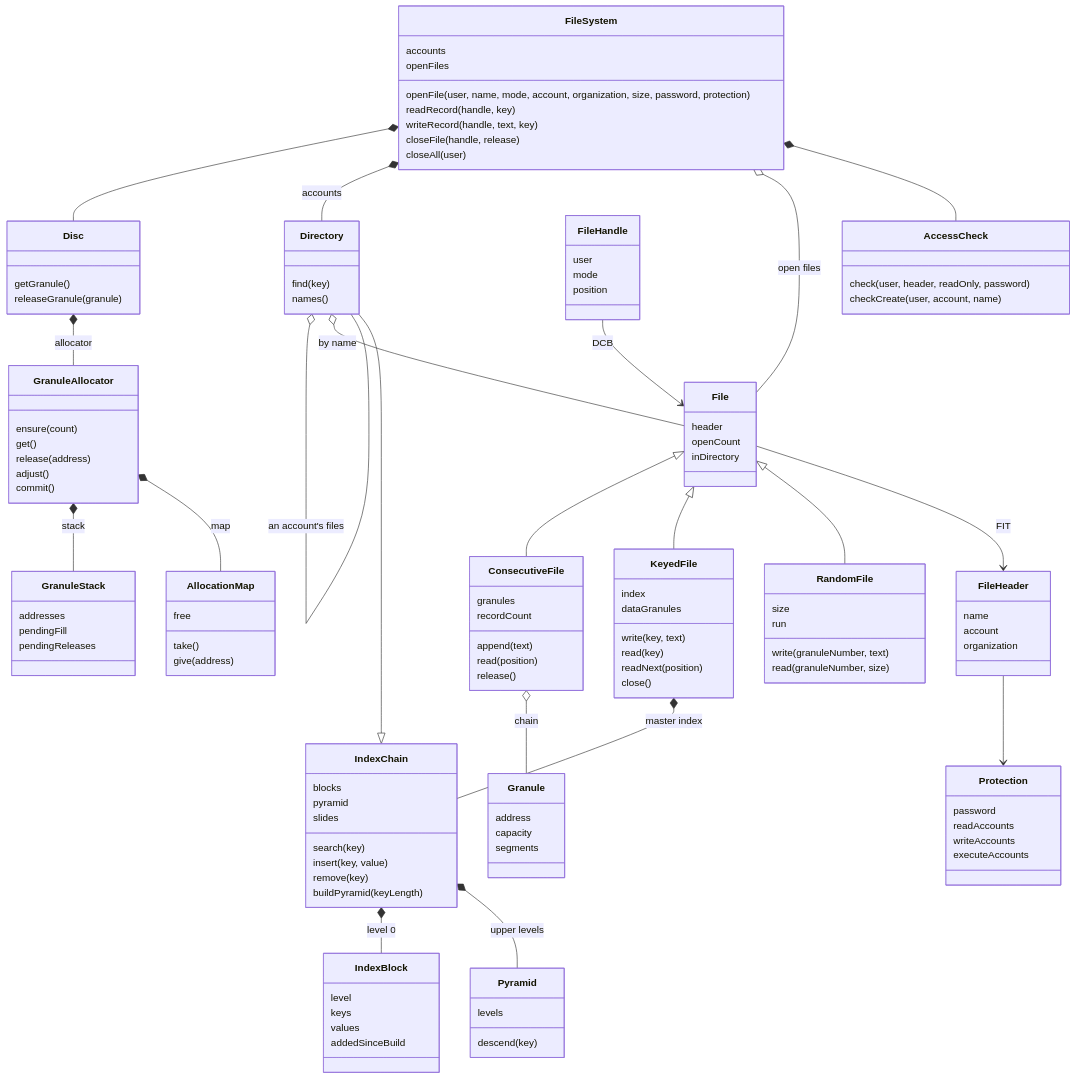
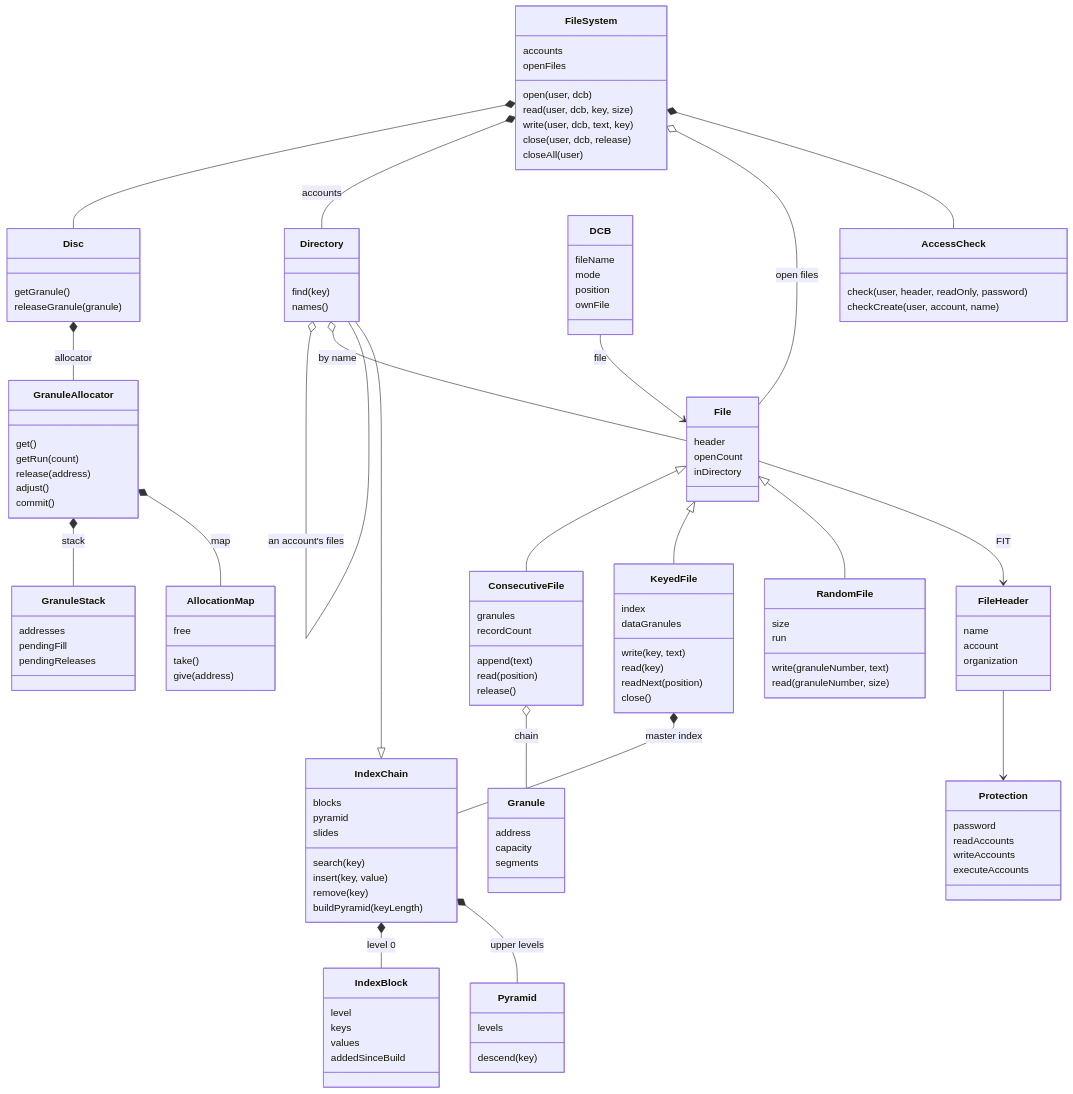
The ninth of 13 diagrams in pyCP-V/C00stap/docs/model.md (msiddalingaiah/Sigma), drawn with Mermaid before and after one commit. The commit also changed other lines of this file, not shown here.

```diff
--- a/pyCP-V/C00stap/docs/model.md
+++ b/pyCP-V/C00stap/docs/model.md
@@ -502,10 +602,10 @@
     class FileSystem {
         accounts
         openFiles
-        openFile(user, name, mode, account, organization, size, password, protection)
-        readRecord(handle, key)
-        writeRecord(handle, text, key)
-        closeFile(handle, release)
+        open(user, dcb)
+        read(user, dcb, key, size)
+        write(user, dcb, text, key)
+        close(user, dcb, release)
         closeAll(user)
     }
     class AccessCheck {
@@ -560,10 +660,11 @@
         openCount
         inDirectory
     }
-    class FileHandle {
-        user
+    class DCB {
+        fileName
         mode
         position
+        ownFile
     }
     class ConsecutiveFile {
         granules
@@ -582,8 +683,8 @@
         releaseGranule(granule)
     }
     class GranuleAllocator {
-        ensure(count)
         get()
+        getRun(count)
         release(address)
         adjust()
         commit()
@@ -614,7 +715,7 @@
     Directory o-- Directory : an account's files
     Directory o-- File : by name
     FileSystem o-- File : open files
-    FileHandle --> File : DCB
+    DCB --> File : file
     File <|-- ConsecutiveFile
     File <|-- KeyedFile
     File <|-- RandomFile
```
